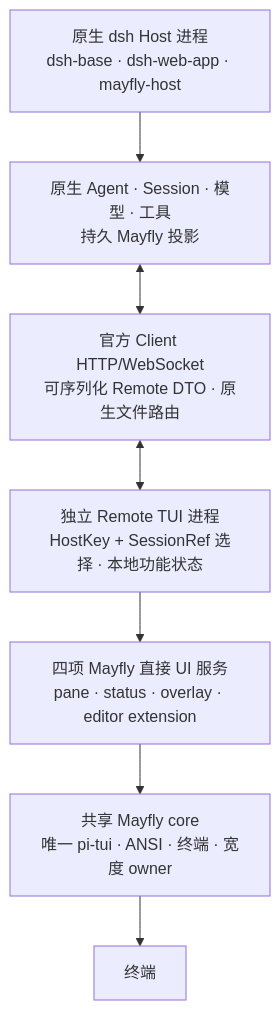
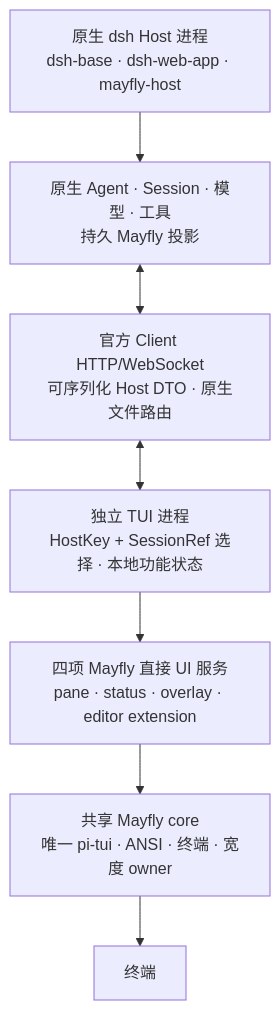
Before and after one commit to Ephemeral-AI-Lab/mayfly: the diagram in README.zh.md, drawn with Mermaid. The commit also changed other lines of this file and 139 other files, not shown here.

````diff
--- a/README.zh.md
+++ b/README.zh.md
@@ -126,17 +125,17 @@
 ```mermaid
 flowchart TB
     HOST["原生 dsh Host 进程<br/>dsh-base · dsh-web-app · mayfly-host"]
     STATE["原生 Agent · Session · 模型 · 工具<br/>持久 Mayfly 投影"]
-    WIRE["官方 Client HTTP/WebSocket<br/>可序列化 Remote DTO · 原生文件路由"]
-    REMOTE["独立 Remote TUI 进程<br/>HostKey + SessionRef 选择 · 本地功能状态"]
+    WIRE["官方 Client HTTP/WebSocket<br/>可序列化 Host DTO · 原生文件路由"]
+    REMOTE["独立 TUI 进程<br/>HostKey + SessionRef 选择 · 本地功能状态"]
     UI["四项 Mayfly 直接 UI 服务<br/>pane · status · overlay · editor extension"]
     CORE["共享 Mayfly core<br/>唯一 pi-tui · ANSI · 终端 · 宽度 owner"]
     TERM["终端"]
 
     HOST --> STATE
     STATE <--> WIRE
     WIRE <--> REMOTE
     REMOTE --> UI
     UI --> CORE
     CORE --> TERM
 ```
````
